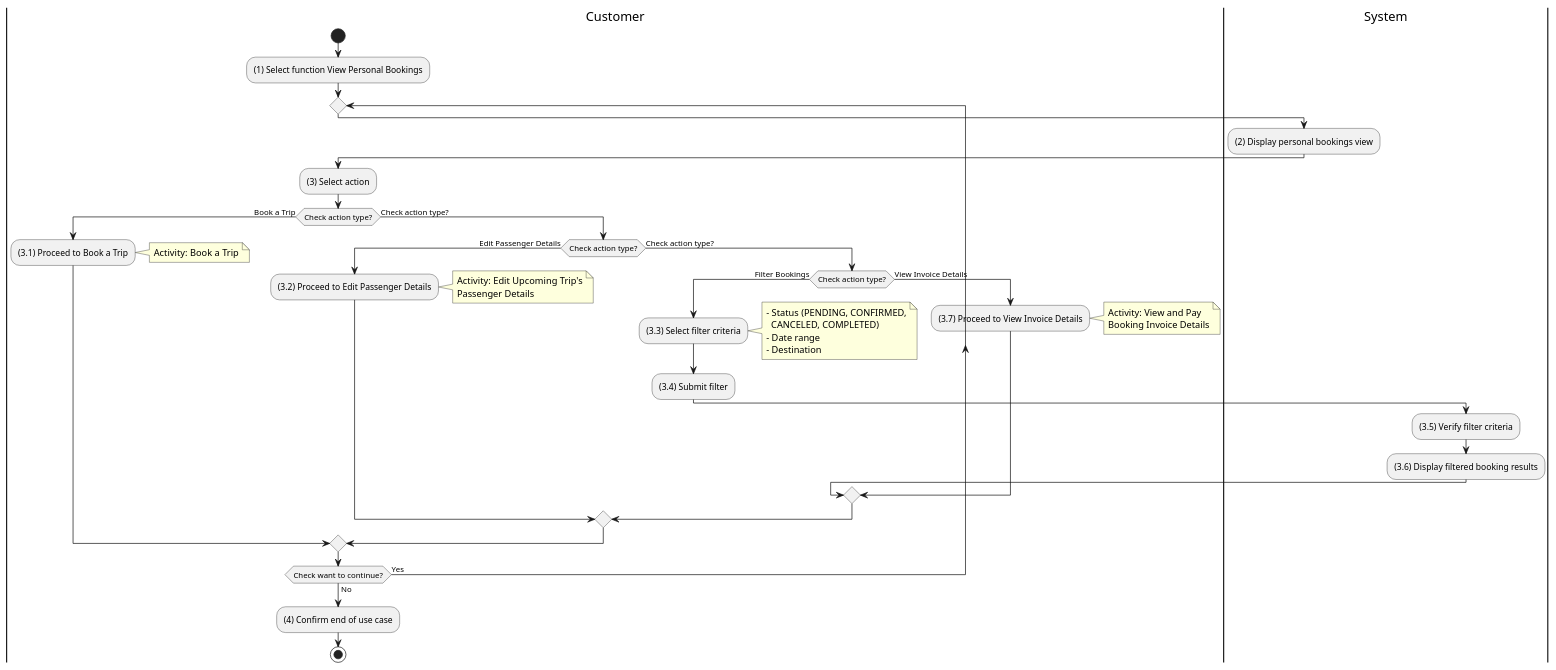
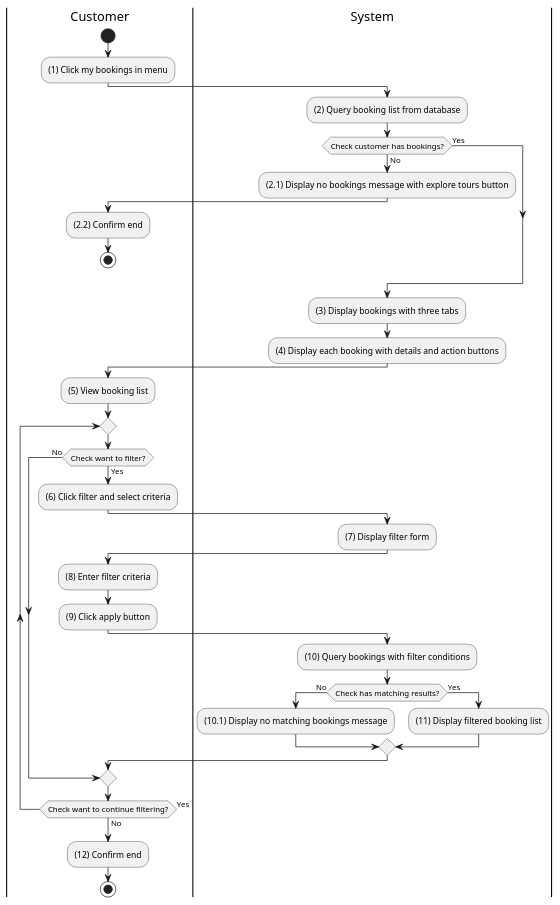
Before and after one commit to SE357-TMS/SE357-TMS.github.io: the diagram in docs/docs/activity/manage-personal-booking/view-and-filter-personal-bookings.md, drawn with PlantUML. The commit also changed 18 other files, not shown here.

First line of the commit message:
feat: update activity diagrams and config for booking management

````diff
--- a/docs/docs/activity/manage-personal-booking/view-and-filter-personal-bookings.md
+++ b/docs/docs/activity/manage-personal-booking/view-and-filter-personal-bookings.md
@@ -3,64 +3,63 @@
 ```plantuml
 @startuml
 |C|Customer
 |S|System
 
 |C|
 start
 
-:(1) Select function View Personal Bookings;
+:(1) Click my bookings in menu;
+
+|S|
+:(2) Query booking list from database;
+
+if (Check customer has bookings?) then (No)
+  :(2.1) Display no bookings message with explore tours button;
+
+  |C|
+  :(2.2) Confirm end;
+
+  stop
+else (Yes)
+endif
+
+|S|
+:(3) Display bookings with three tabs;
+
+:(4) Display each booking with details and action buttons;
+
+|C|
+:(5) View booking list;
 
 repeat
-  |S|
-  :(2) Display personal bookings view;
+  if (Check want to filter?) then (Yes)
+    :(6) Click filter and select criteria;
 
-  |C|
-  :(3) Select action;
+    |S|
+    :(7) Display filter form;
 
-  if (Check action type?) then (Book a Trip)
-    :(3.1) Proceed to Book a Trip;
-    note right
-      Activity: Book a Trip
-    end note
-  else (Check action type?)
-    if (Check action type?) then (Edit Passenger Details)
-      :(3.2) Proceed to Edit Passenger Details;
-      note right
-        Activity: Edit Upcoming Trip's
-        Passenger Details
-      end note
-    else (Check action type?)
-      if (Check action type?) then (Filter Bookings)
-        :(3.3) Select filter criteria;
-        note right
-          - Status (PENDING, CONFIRMED,
-            CANCELED, COMPLETED)
-          - Date range
-          - Destination
-        end note
-        :(3.4) Submit filter;
+    |C|
+    :(8) Enter filter criteria;
 
-        |S|
-        :(3.5) Verify filter criteria;
-        :(3.6) Display filtered booking results;
+    :(9) Click apply button;
 
-        |C|
-      else (View Invoice Details)
-        :(3.7) Proceed to View Invoice Details;
-        note right
-          Activity: View and Pay
-          Booking Invoice Details
-        end note
-      endif
+    |S|
+    :(10) Query bookings with filter conditions;
+
+    if (Check has matching results?) then (No)
+      :(10.1) Display no matching bookings message;
+    else (Yes)
+      :(11) Display filtered booking list;
     endif
+
+    |C|
+  else (No)
   endif
+repeat while (Check want to continue filtering?) is (Yes) not (No)
 
-  |C|
-repeat while (Check want to continue?) is (Yes) not (No)
-
-:(4) Confirm end of use case;
+:(12) Confirm end;
 
 stop
 
 @enduml
 ```
````
